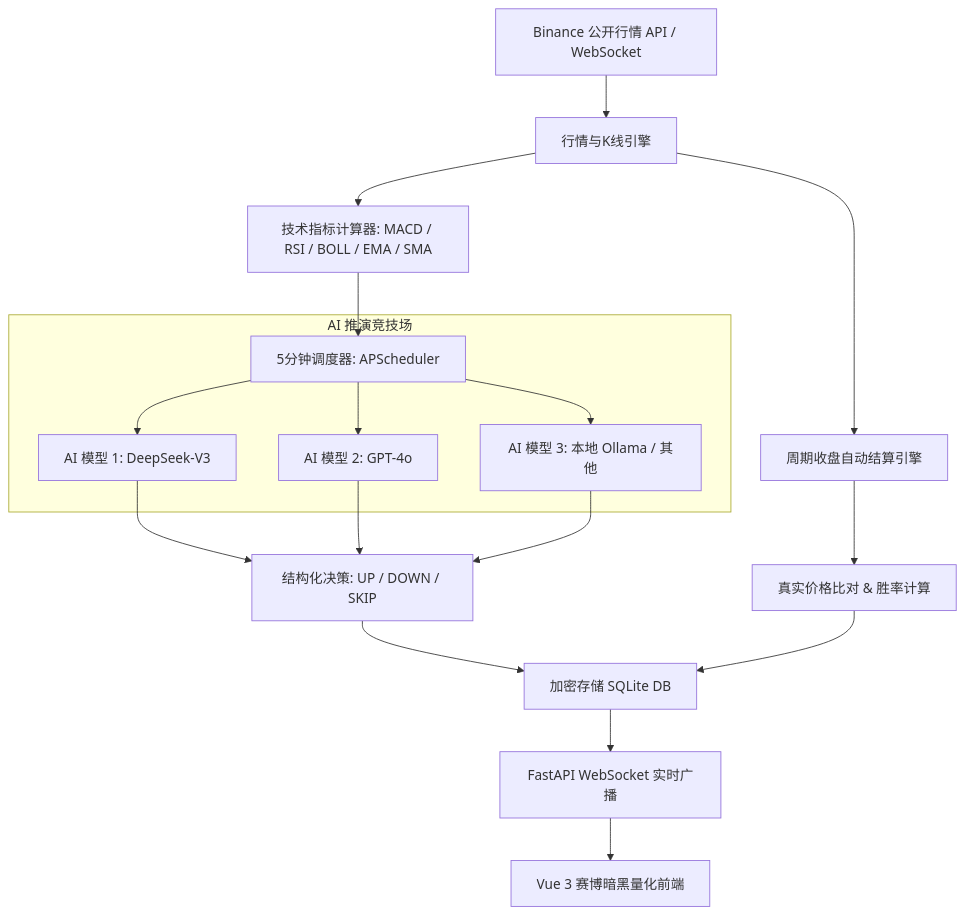
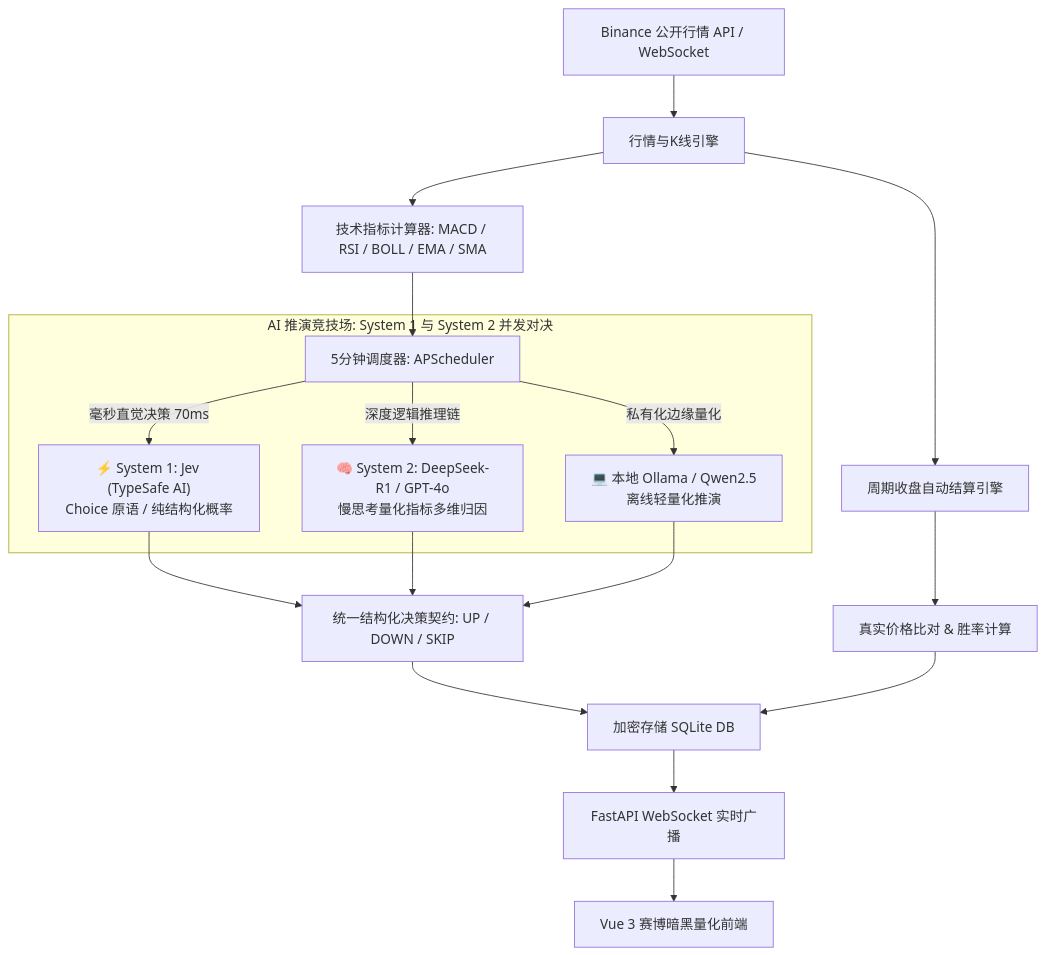
One commit to koala9527/vectorbtc changed the diagram in README.md. Above: the diagram before and after it, drawn with Mermaid. The commit also changed other lines of this file and 1 other file, not shown here.

Commit message:
docs: add Jev (TypeSafe AI) System 1 decision model showcase and dual-process architecture to README

````diff
--- a/README.md
+++ b/README.md
@@ -70,22 +77,22 @@
 ```mermaid
 graph TD
     A[Binance 公开行情 API / WebSocket] --> B[行情与K线引擎]
     B --> C[技术指标计算器: MACD / RSI / BOLL / EMA / SMA]
     C --> D[5分钟调度器: APScheduler]
     
-    subgraph AI 推演竞技场
-        D --> M1[AI 模型 1: DeepSeek-V3]
-        D --> M2[AI 模型 2: GPT-4o]
-        D --> M3[AI 模型 3: 本地 Ollama / 其他]
+    subgraph AI 推演竞技场: System 1 与 System 2 并发对决
+        D -->|毫秒直觉决策 70ms| S1["⚡ System 1: Jev (TypeSafe AI)<br/>Choice 原语 / 纯结构化概率"]
+        D -->|深度逻辑推理链| S2["🧠 System 2: DeepSeek-R1 / GPT-4o<br/>慢思考量化指标多维归因"]
+        D -->|私有化边缘量化| S3["💻 本地 Ollama / Qwen2.5<br/>离线轻量化推演"]
     end
 
-    M1 & M2 & M3 --> E[结构化决策: UP / DOWN / SKIP]
+    S1 & S2 & S3 --> E[统一结构化决策契约: UP / DOWN / SKIP]
     E --> F[加密存储 SQLite DB]
     
     B --> G[周期收盘自动结算引擎]
     G --> H[真实价格比对 & 胜率计算]
     H --> F
     
     F --> I[FastAPI WebSocket 实时广播]
     I --> J[Vue 3 赛博暗黑量化前端]
 ```
````
